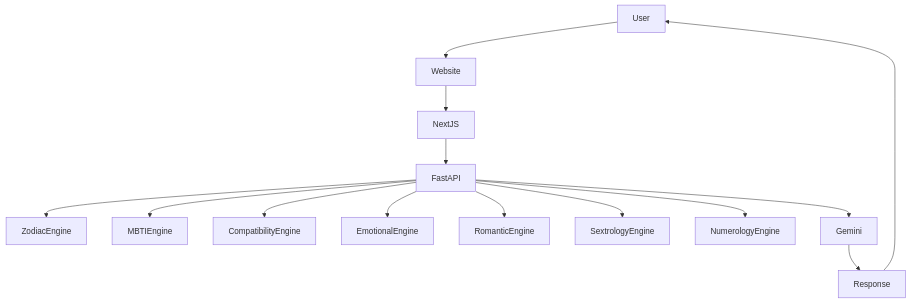
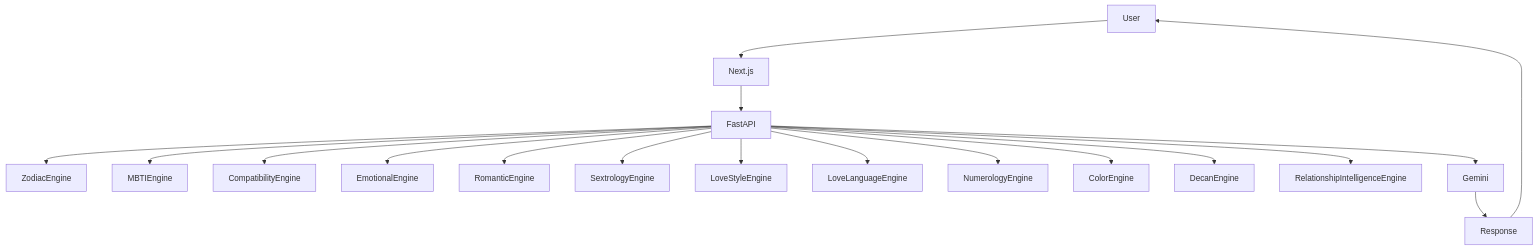
The diagram in README.md (VSSK007/ZodicogAI), drawn with Mermaid before and after one commit. The commit also changed other lines of this file, not shown here.

First line of the commit message:
docs: rewrite README with current feature set and architecture

````diff
--- a/README.md
+++ b/README.md
@@ -37,21 +38,20 @@
 ```mermaid
 flowchart TD
-
-User --> Website
-Website --> NextJS
-
-NextJS --> FastAPI
-
-FastAPI --> ZodiacEngine
-FastAPI --> MBTIEngine
-FastAPI --> CompatibilityEngine
-FastAPI --> EmotionalEngine
-FastAPI --> RomanticEngine
-FastAPI --> SextrologyEngine
-FastAPI --> NumerologyEngine
-
-FastAPI --> Gemini
-
-Gemini --> Response
-Response --> User
+  User --> Next.js
+  Next.js --> FastAPI
+  FastAPI --> ZodiacEngine
+  FastAPI --> MBTIEngine
+  FastAPI --> CompatibilityEngine
+  FastAPI --> EmotionalEngine
+  FastAPI --> RomanticEngine
+  FastAPI --> SextrologyEngine
+  FastAPI --> LoveStyleEngine
+  FastAPI --> LoveLanguageEngine
+  FastAPI --> NumerologyEngine
+  FastAPI --> ColorEngine
+  FastAPI --> DecanEngine
+  FastAPI --> RelationshipIntelligenceEngine
+  FastAPI --> Gemini
+  Gemini --> Response
+  Response --> User
 ```
````
